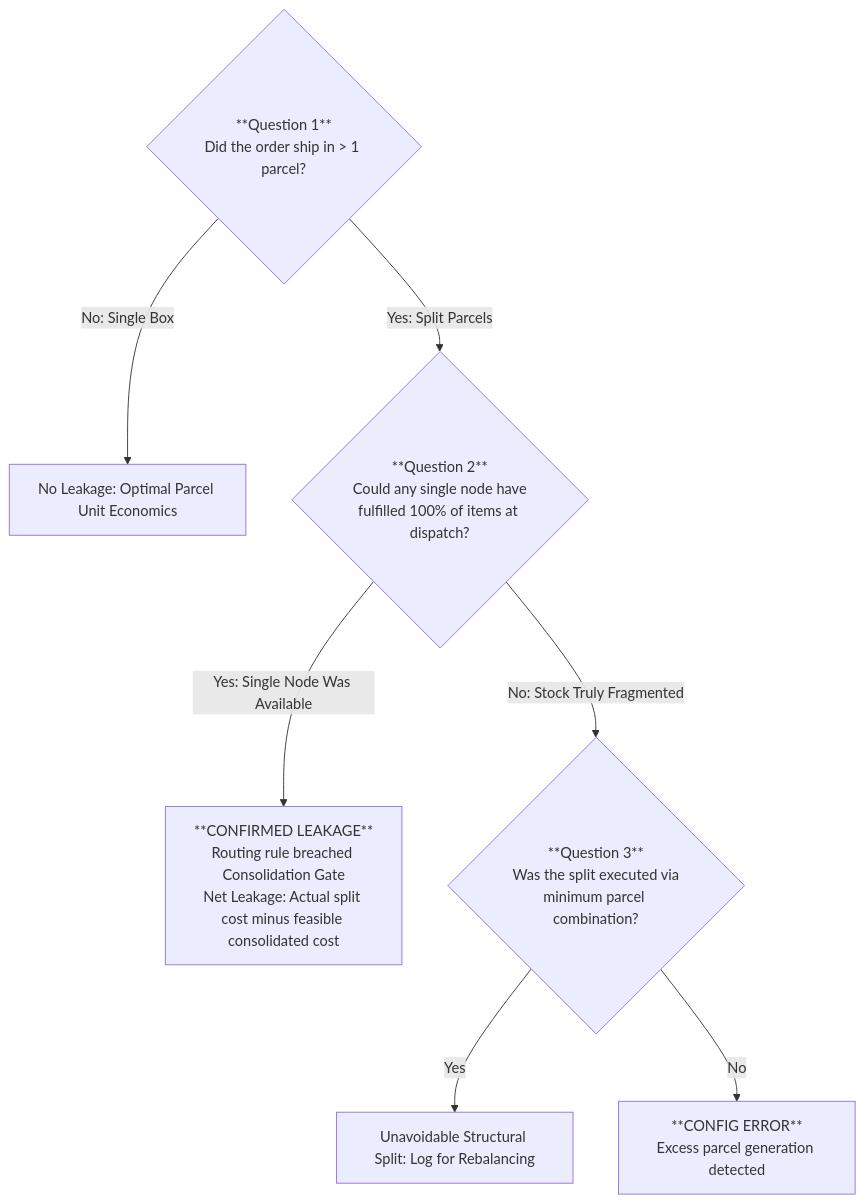
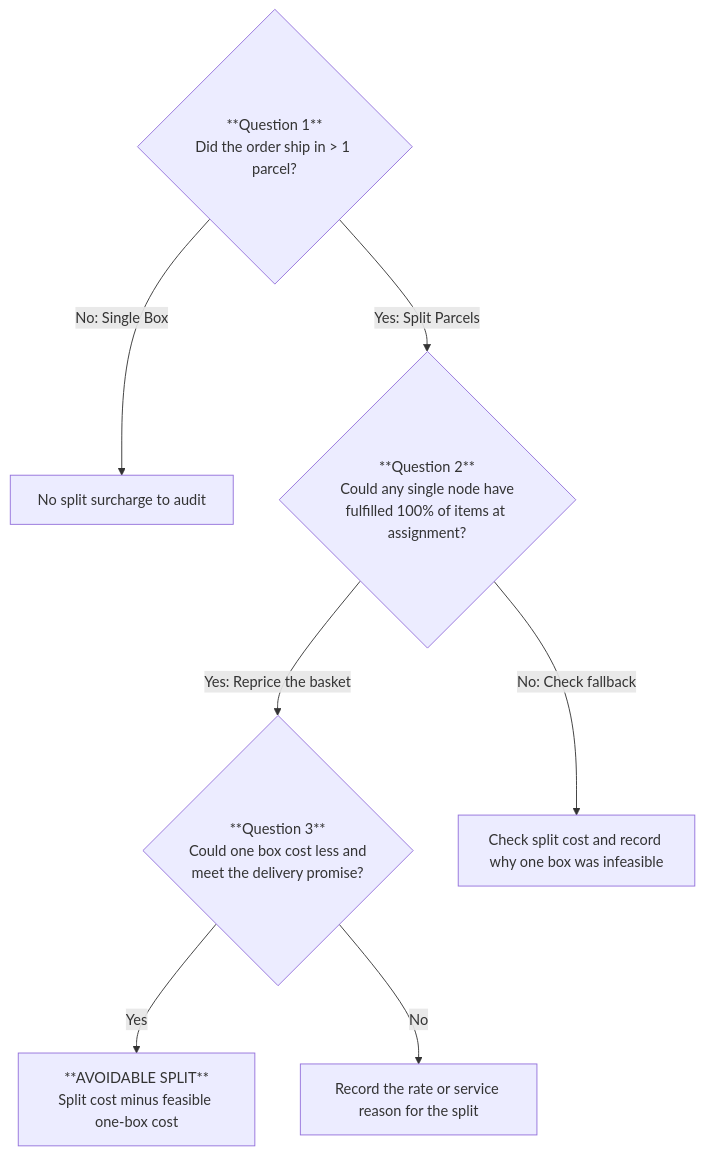
One commit to riovicsusas/portfolio changed the second of 3 diagrams in domain-2-order-routing/MasterDossier-Domain2-MultiNodeLogisticsRouting.md. Above: the diagram before and after it, drawn with Mermaid. The commit also changed other lines of this file and 12 other files, not shown here.

````diff
--- a/domain-2-order-routing/MasterDossier-Domain2-MultiNodeLogisticsRouting.md
+++ b/domain-2-order-routing/MasterDossier-Domain2-MultiNodeLogisticsRouting.md
@@ -297,10 +308,10 @@
 ```mermaid
 flowchart TD
     Q1{"**Question 1**<br>Did the order ship in > 1 parcel?"}
-    Q1 -- No: Single Box --> OK[No Leakage: Optimal Parcel Unit Economics]
-    Q1 -- Yes: Split Parcels --> Q2{"**Question 2**<br>Could any single node have<br>fulfilled 100% of items at dispatch?"}
-    Q2 -- Yes: Single Node Was Available --> LEAK["**CONFIRMED LEAKAGE**<br>Routing rule breached Consolidation Gate<br>Net Leakage: Actual split cost minus feasible consolidated cost"]
-    Q2 -- No: Stock Truly Fragmented --> Q3{"**Question 3**<br>Was the split executed via<br>minimum parcel combination?"}
-    Q3 -- Yes --> MIN[Unavoidable Structural Split: Log for Rebalancing]
-    Q3 -- No --> CONF["**CONFIG ERROR**<br>Excess parcel generation detected"]
+    Q1 -- No: Single Box --> OK["No split surcharge to audit"]
+    Q1 -- Yes: Split Parcels --> Q2{"**Question 2**<br>Could any single node have<br>fulfilled 100% of items at assignment?"}
+    Q2 -- "Yes: Reprice the basket" --> Q3{"**Question 3**<br>Could one box cost less and<br>meet the delivery promise?"}
+    Q2 -- "No: Check fallback" --> MIN["Check split cost and record why one box was infeasible"]
+    Q3 -- "Yes" --> LEAK["**AVOIDABLE SPLIT**<br>Split cost minus feasible one-box cost"]
+    Q3 -- "No" --> KEEP["Record the rate or service reason for the split"]
 ```
````
